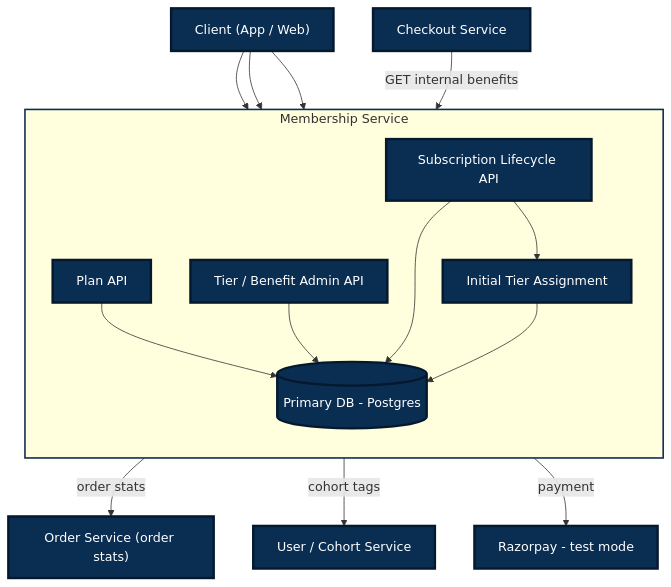
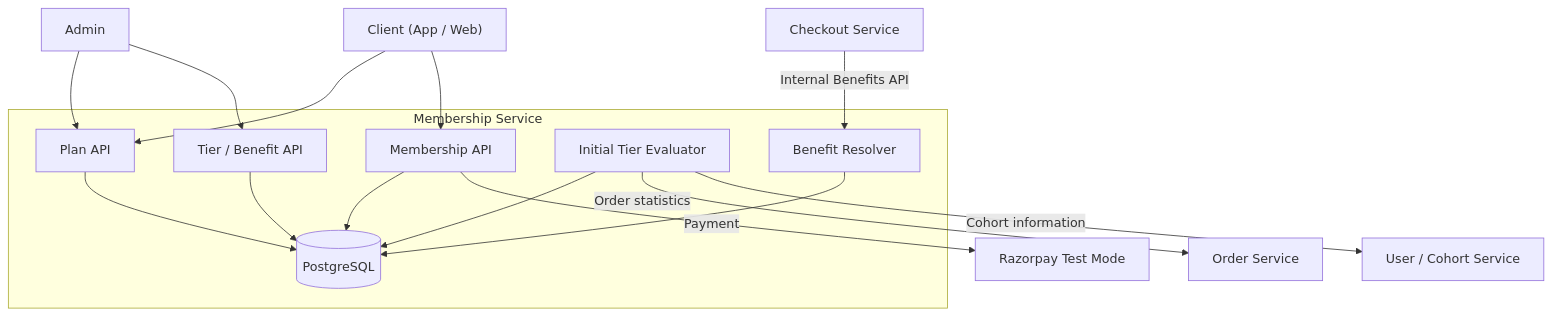
Before and after one commit to Veeru123456778/subscription-plans-engine: the diagram in tech-spec.md, drawn with Mermaid. The commit also changed other lines of this file, not shown here.

Commit message:
updated the spec for the better modeling of tier

````diff
--- a/tech-spec.md
+++ b/tech-spec.md
@@ -19,37 +25,37 @@
 ```mermaid
 flowchart TB
-    Client["Client (App / Web)"]
-    Checkout["Checkout Service"]
- 
-    subgraph MS["Membership Service"]
-        direction TB
-        PlanAPI["Plan API"]
-        TierAPI["Tier / Benefit Admin API"]
-        SubAPI["Subscription Lifecycle API"]
-        Engine["Initial Tier Assignment"]
-        DB[("Primary DB - Postgres")]
- 
-        SubAPI --> Engine
-        PlanAPI --> DB
-        TierAPI --> DB
-        SubAPI --> DB
-        Engine --> DB
-    end
- 
-    OrderSvc["Order Service (order stats)"]
-    CohortSvc["User / Cohort Service"]
-    Razorpay["Razorpay - test mode"]
- 
-    Client --> PlanAPI
-    Client --> TierAPI
-    Client --> SubAPI
-    Checkout -->|GET internal benefits| SubAPI
-    Engine -->|order stats| OrderSvc
-    Engine -->|cohort tags| CohortSvc
-    SubAPI -->|payment| Razorpay
- 
-    classDef darkBox fill:#0a2d52,stroke:#04182e,stroke-width:3px,color:#ffffff;
-    class Client,Checkout,PlanAPI,TierAPI,SubAPI,Engine,DB,OrderSvc,CohortSvc,Razorpay darkBox;
- 
-    style MS fill\:none,stroke:#0a2d52,stroke-width:2px
+    Client["Client (App / Web)"]
+    Admin["Admin"]
+    Checkout["Checkout Service"]
+
+    subgraph MS["Membership Service"]
+        PlanAPI["Plan API"]
+        TierAPI["Tier / Benefit API"]
+        MembershipAPI["Membership API"]
+        TierEvaluator["Initial Tier Evaluator"]
+        BenefitResolver["Benefit Resolver"]
+        DB[("PostgreSQL")]
+
+        PlanAPI --> DB
+        TierAPI --> DB
+        MembershipAPI --> DB
+        TierEvaluator --> DB
+        BenefitResolver --> DB
+    end
+
+    OrderSvc["Order Service"]
+    CohortSvc["User / Cohort Service"]
+    Razorpay["Razorpay Test Mode"]
+
+    Client --> PlanAPI
+    Client --> MembershipAPI
+    Admin --> PlanAPI
+    Admin --> TierAPI
+
+    Checkout -->|"Internal Benefits API"| BenefitResolver
+
+    TierEvaluator -->|"Order statistics"| OrderSvc
+    TierEvaluator -->|"Cohort information"| CohortSvc
+
+    MembershipAPI -->|"Payment"| Razorpay
 ```
````
